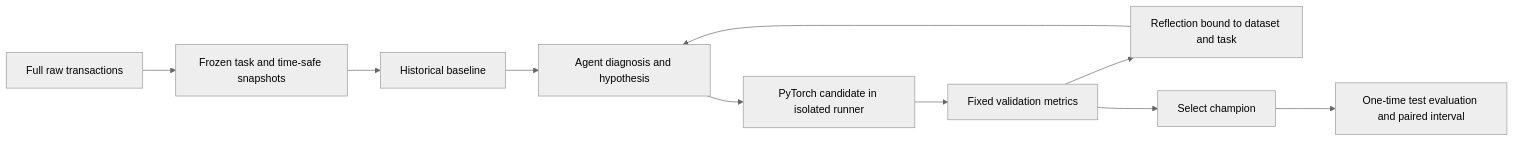
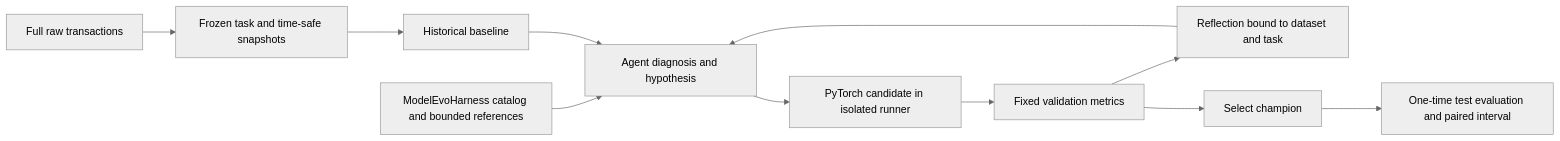
The diagram in README.md (CharlesXu-HQ/LTVEvo), drawn with Mermaid (neutral theme) before and after one commit. The commit also changed other lines of this file and 14 other files, not shown here.

Commit message:
feat: integrate pinned ModelEvoHarness research layer

````diff
--- a/README.md
+++ b/README.md
@@ -15,12 +15,13 @@
 ```mermaid
 flowchart LR
     A[Full raw transactions] --> B[Frozen task and time-safe snapshots]
     B --> C[Historical baseline]
-    C --> D[Agent diagnosis and hypothesis]
+    M[ModelEvoHarness catalog and bounded references] --> D[Agent diagnosis and hypothesis]
+    C --> D
     D --> E[PyTorch candidate in isolated runner]
     E --> F[Fixed validation metrics]
     F --> G[Reflection bound to dataset and task]
     G --> D
     F --> H[Select champion]
     H --> I[One-time test evaluation and paired interval]
 ```
````
